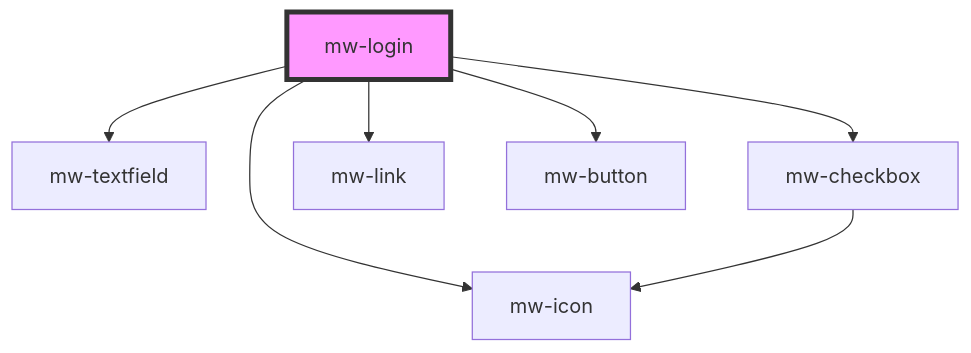
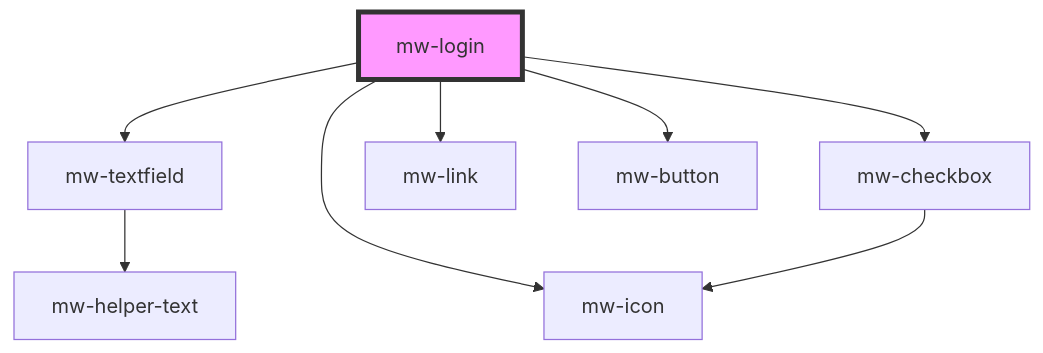
Before and after one commit to MaibornWolff/mwui: the diagram in mwui-stencil/src/components/mw-login/readme.md, drawn with Mermaid. The commit also changed 18 other files, not shown here.

````diff
--- a/mwui-stencil/src/components/mw-login/readme.md
+++ b/mwui-stencil/src/components/mw-login/readme.md
@@ -34,10 +34,11 @@
 ```mermaid
 graph TD;
   mw-login --> mw-textfield
   mw-login --> mw-icon
   mw-login --> mw-checkbox
   mw-login --> mw-link
   mw-login --> mw-button
+  mw-textfield --> mw-helper-text
   mw-checkbox --> mw-icon
   style mw-login fill:#f9f,stroke:#333,stroke-width:4px
 ```
````
